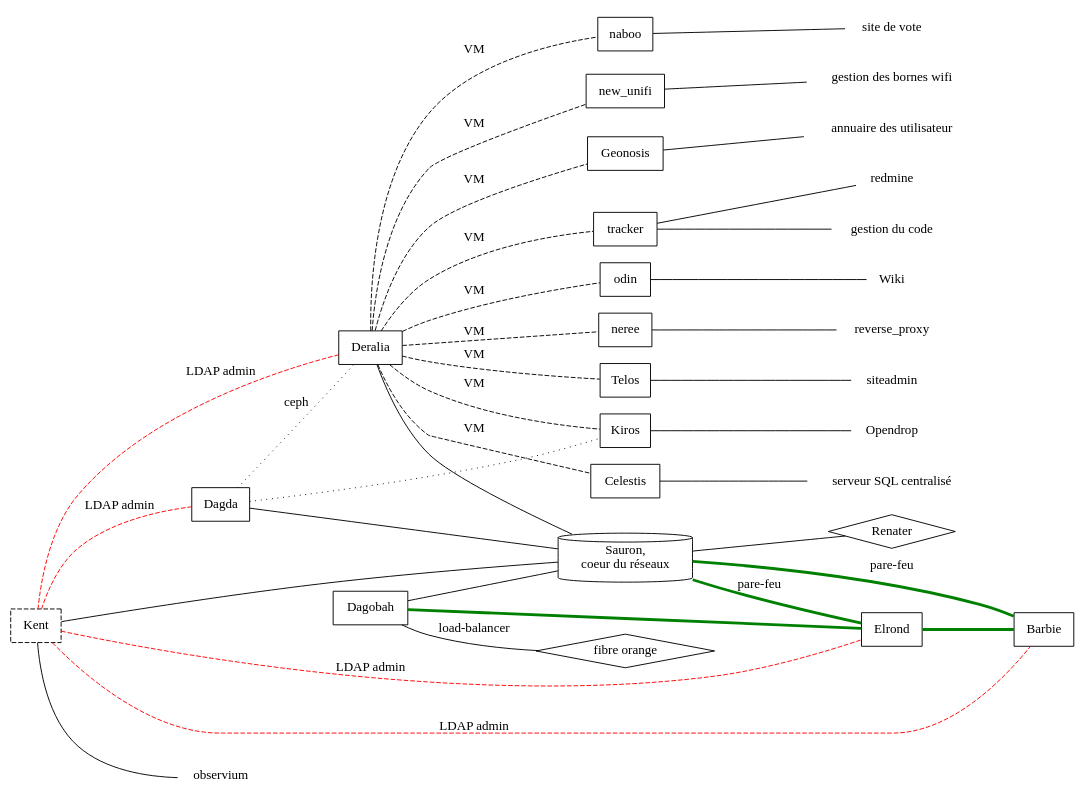
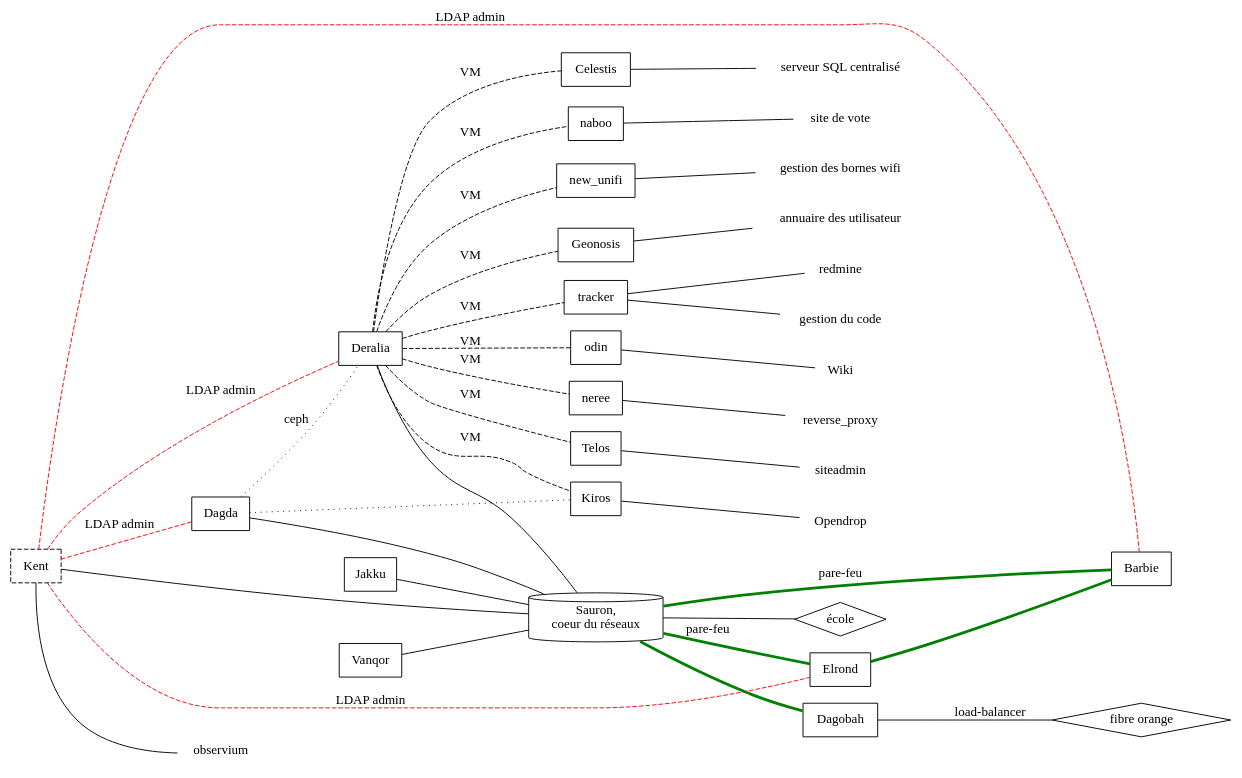
The second of 2 diagrams in Iresam/switch.org (ripreferu/iresam_formation), drawn with Graphviz before and after one commit. The commit also changed other lines of this file, not shown here.

Commit message:
oubli du fichier

```diff
--- a/Iresam/switch.org
+++ b/Iresam/switch.org
@@ -11,54 +11,55 @@
- #+BEGIN_SRC dot :file struture_resal.dot :tangle structure_resal.dot
+ #+BEGIN_SRC dot :file image.png :tangle structure_resal.dot
    graph {
 
          node [shape= box];
          rankdir=LR;
          Elrond [ shape="default" label="Elrond"];
          Sauron [shape=cylinder,label="Sauron, \n coeur du réseaux"];
          #Sauron --{Switch1, Switch2, Switch3, Switch4, Switch5, Switch6, Switch7, Switch8, Switch9}-- Kagettes ;
-         Strass [shape=diamond, label="Renater"];
+         Strass [shape=diamond, label="école"];
          Sauron--Strass;
          Barbie;
          Deralia;
          Kent [style=dashed];
          Dagobah;
          Dagda --Sauron;
          Dagda--Deralia [label="ceph",style=dotted];
          Deralia--{Telos, Kiros, Celestis, naboo,new_unifi,Geonosis,tracker,odin,neree} [label="VM",style=dashed];
          Kent--{Barbie, Elrond, Dagda, Deralia} [label="LDAP admin",color="red",penwidht=3.0,style=dashed];
          Elrond--Barbie [color="green",penwidth=3.0];
          Sauron--{Barbie,Elrond} [label="pare-feu",color="green",penwidth=3.0];
          Deralia -- Sauron;
          Kent -- Sauron;
-         Dagobah --Sauron;
-         Dagobah -- Elrond [color="green",penwidth=3.0];
+         
+         Sauron -- Dagobah [color="green",penwidth=3.0];
          Dagobah-- Exterieur[label="load-balancer"];
          Exterieur[shape=diamond ,label="fibre orange"];
          Dagda -- Kiros [style=dotted];
          {node [shape=plaintext]
          Siteadmin; Opendrop; Agora; LDAP_user; mysql; Wiki ; redmine ;unifi ; reverse_proxy ;observium ; phabricator;
 # point_game
 };
          Kiros --Opendrop;
          Telos--Siteadmin ;
          Siteadmin[label=siteadmin, URL="[iresam.org|https://www.iresam.org]", tooltip="lien vers iresam.org"];
          naboo--Agora;
          Agora [label="site de vote", URL="[agora|https://agora.iresam.org]", tooltip="lien vers le site de vote"];
          phabricator [label="gestion du code", URL="[git|https://phabricator.iresam.org]",tooltip="lien vers le git" ];
          Geonosis--LDAP_user;
          Celestis--mysql;
          LDAP_user[label="annuaire des utilisateur", URL="[LDAP_USER|http://192.168.0.114/ldapuseradmin/]",tooltip="lien vers l'annuaire utilisateur"];
          neree--reverse_proxy;
          unifi [label="gestion des bornes wifi", URL="[unifi|https://newunifi.iresam.org:8843]", tooltip="lien vers unifi"];
          mysql [label="serveur SQL centralisé",URL="[celesits|https//celestis.iresam.org/celestisadmin]",tooltip="lien vers célestis"];
          odin--Wiki;
          Wiki [URL="[Wiki|http://wiki.iresam.org]", tooltip="lien vers le Wiki"];
          #point_game[label="pointgame", URL="[pointgame|https://pointgame.iresam.org/]", tooltip="lien vers le point game"]
          tracker--redmine;
          tracker--phabricator;
          new_unifi--unifi;
          Kent--observium;
          observium [label="observium",URL="[observium|https://observium.iresam.org]",tooltip="contrôle de l'infrastructure"];
-
+         Vanqor--Sauron;
+         Jakku--Sauron;
    }
  #+END_SRC
```
